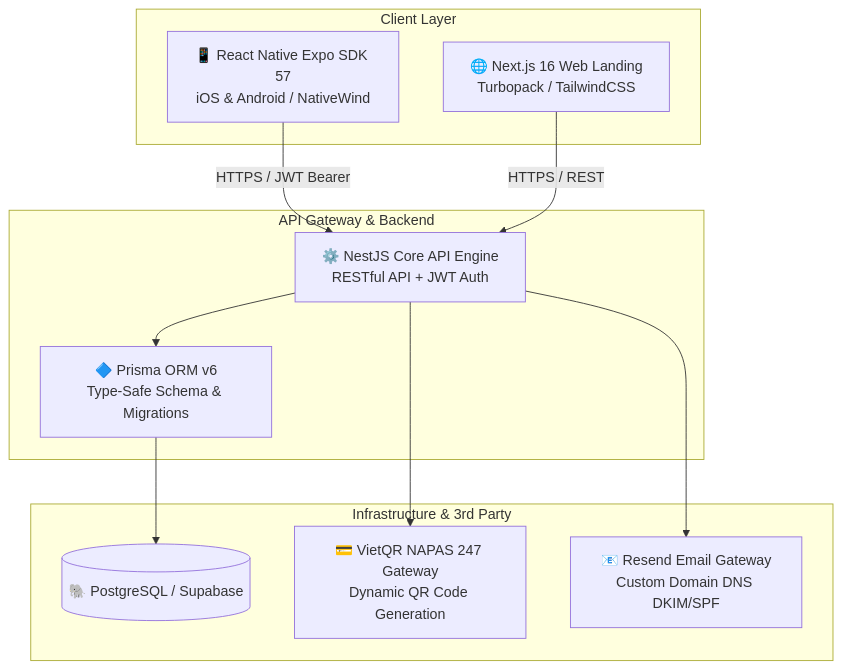
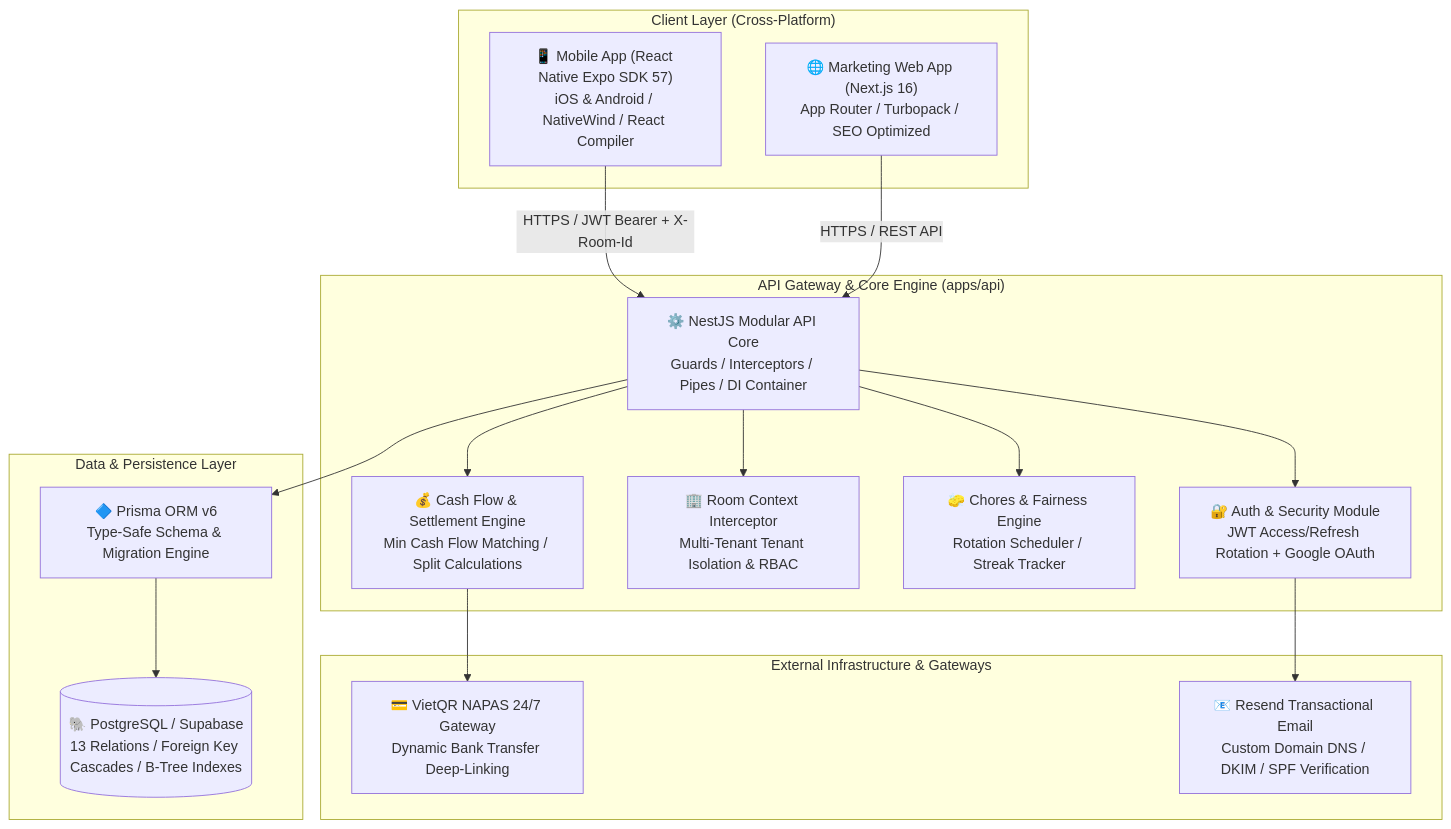
The diagram in README.md (tvquang0511/Faroq), drawn with Mermaid before and after one commit. The commit also changed other lines of this file, not shown here.

Commit message:
docs: sync latest architecture, ERD and specs from core

````diff
--- a/README.md
+++ b/README.md
@@ -38,25 +57,39 @@
 ```mermaid
 graph TD
-    subgraph Client Layer
-        Mobile[📱 React Native Expo SDK 57<br/>iOS & Android / NativeWind]
-        Web[🌐 Next.js 16 Web Landing<br/>Turbopack / TailwindCSS]
+    subgraph ClientLayer ["Client Layer (Cross-Platform)"]
+        Mobile["📱 Mobile App (React Native Expo SDK 57)<br/>iOS & Android / NativeWind / React Compiler"]
+        Web["🌐 Marketing Web App (Next.js 16)<br/>App Router / Turbopack / SEO Optimized"]
     end
 
-    subgraph API Gateway & Backend
-        NestAPI[⚙️ NestJS Core API Engine<br/>RESTful API + JWT Auth]
-        Prisma[🔷 Prisma ORM v6<br/>Type-Safe Schema & Migrations]
+    subgraph APILayer ["API Gateway & Core Engine (apps/api)"]
+        NestCore["⚙️ NestJS Modular API Core<br/>Guards / Interceptors / Pipes / DI Container"]
+        AuthModule["🔐 Auth & Security Module<br/>JWT Access/Refresh Rotation + Google OAuth"]
+        RoomContext["🏢 Room Context Interceptor<br/>Multi-Tenant Tenant Isolation & RBAC"]
+        ChoreEngine["🧽 Chores & Fairness Engine<br/>Rotation Scheduler / Streak Tracker"]
+        FinanceEngine["💰 Cash Flow & Settlement Engine<br/>Min Cash Flow Matching / Split Calculations"]
     end
 
-    subgraph Infrastructure & 3rd Party
-        DB[(🐘 PostgreSQL / Supabase)]
-        VietQR[💳 VietQR NAPAS 247 Gateway<br/>Dynamic QR Code Generation]
-        Resend[📧 Resend Email Gateway<br/>Custom Domain DNS DKIM/SPF]
+    subgraph DataLayer ["Data & Persistence Layer"]
+        PrismaORM["🔷 Prisma ORM v6<br/>Type-Safe Schema & Migration Engine"]
+        PostgresDB[("🐘 PostgreSQL / Supabase<br/>13 Relations / Foreign Key Cascades / B-Tree Indexes")]
     end
 
-    Mobile -->|HTTPS / JWT Bearer| NestAPI
-    Web -->|HTTPS / REST| NestAPI
-    NestAPI --> Prisma
-    Prisma --> DB
-    NestAPI --> VietQR
-    NestAPI --> Resend
+    subgraph ExternalGateways ["External Infrastructure & Gateways"]
+        VietQR["💳 VietQR NAPAS 24/7 Gateway<br/>Dynamic Bank Transfer Deep-Linking"]
+        ResendMail["📧 Resend Transactional Email<br/>Custom Domain DNS / DKIM / SPF Verification"]
+    end
+
+    Mobile -->|HTTPS / JWT Bearer + X-Room-Id| NestCore
+    Web -->|HTTPS / REST API| NestCore
+
+    NestCore --> AuthModule
+    NestCore --> RoomContext
+    NestCore --> ChoreEngine
+    NestCore --> FinanceEngine
+
+    FinanceEngine --> VietQR
+    AuthModule --> ResendMail
+
+    NestCore --> PrismaORM
+    PrismaORM --> PostgresDB
 ```
````
